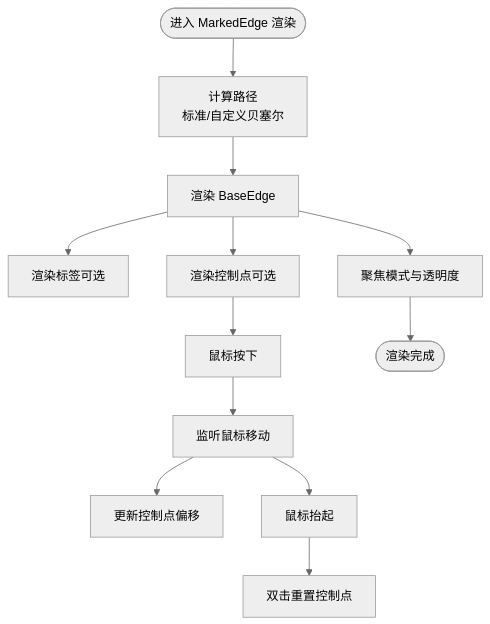
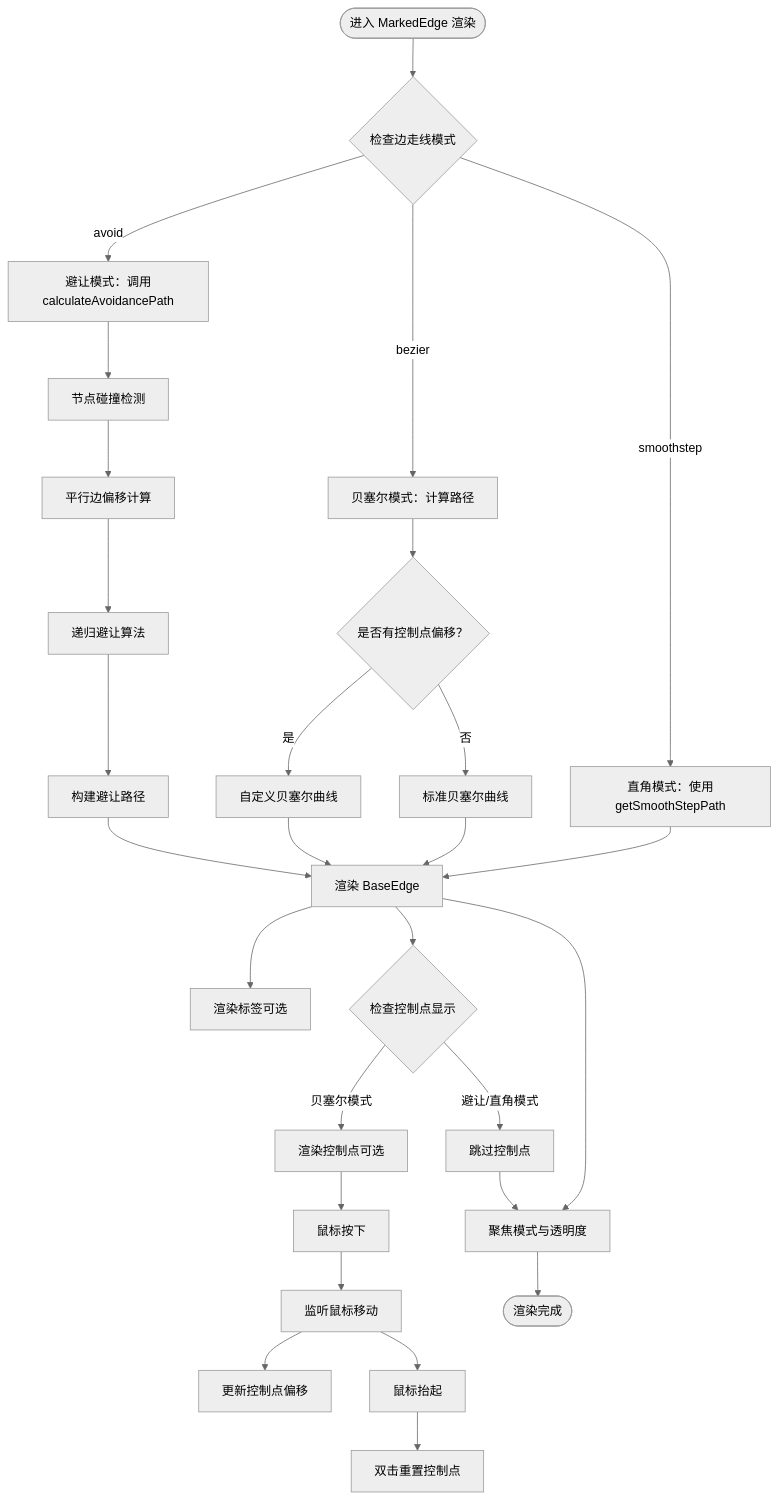
One commit to kqcoxn/MaaPipelineEditor changed the third of 6 diagrams in .qoder/repowiki/zh/content/工作流编辑器/连接系统.md. Above: the diagram before and after it, drawn with Mermaid (neutral theme). The commit also changed other lines of this file and 51 other files, not shown here.

````diff
--- a/.qoder/repowiki/zh/content/工作流编辑器/连接系统.md
+++ b/.qoder/repowiki/zh/content/工作流编辑器/连接系统.md
@@ -170,14 +211,30 @@
 ```mermaid
 flowchart TD
-Start(["进入 MarkedEdge 渲染"]) --> CalcPath["计算路径<br/>标准/自定义贝塞尔"]
-CalcPath --> RenderEdge["渲染 BaseEdge"]
+Start(["进入 MarkedEdge 渲染"]) --> CheckMode{"检查边走线模式"}
+CheckMode --> |avoid| Avoidance["避让模式：调用calculateAvoidancePath"]
+CheckMode --> |smoothstep| SmoothStep["直角模式：使用getSmoothStepPath"]
+CheckMode --> |bezier| PathCalc["贝塞尔模式：计算路径"]
+Avoidance --> NodeCollision["节点碰撞检测"]
+NodeCollision --> ParallelEdges["平行边偏移计算"]
+ParallelEdges --> RecursiveAvoid["递归避让算法"]
+RecursiveAvoid --> BuildPath["构建避让路径"]
+PathCalc --> HasOffset{"是否有控制点偏移？"}
+HasOffset --> |是| CustomBezier["自定义贝塞尔曲线"]
+HasOffset --> |否| StandardBezier["标准贝塞尔曲线"]
+BuildPath --> RenderEdge["渲染 BaseEdge"]
+CustomBezier --> RenderEdge
+StandardBezier --> RenderEdge
+SmoothStep --> RenderEdge
 RenderEdge --> RenderLabel["渲染标签可选"]
-RenderEdge --> RenderControl["渲染控制点可选"]
+RenderEdge --> ControlPointCheck{"检查控制点显示"}
+ControlPointCheck --> |贝塞尔模式| RenderControl["渲染控制点可选"]
+ControlPointCheck --> |避让/直角模式| SkipControl["跳过控制点"]
 RenderControl --> DragStart["鼠标按下"]
 DragStart --> MouseMove["监听鼠标移动"]
 MouseMove --> UpdateOffset["更新控制点偏移"]
 MouseMove --> DragEnd["鼠标抬起"]
 DragEnd --> Reset["双击重置控制点"]
-RenderEdge --> Focus["聚焦模式与透明度"]
+SkipControl --> Focus["聚焦模式与透明度"]
+RenderEdge --> Focus
 Focus --> End(["渲染完成"])
 ```
````
